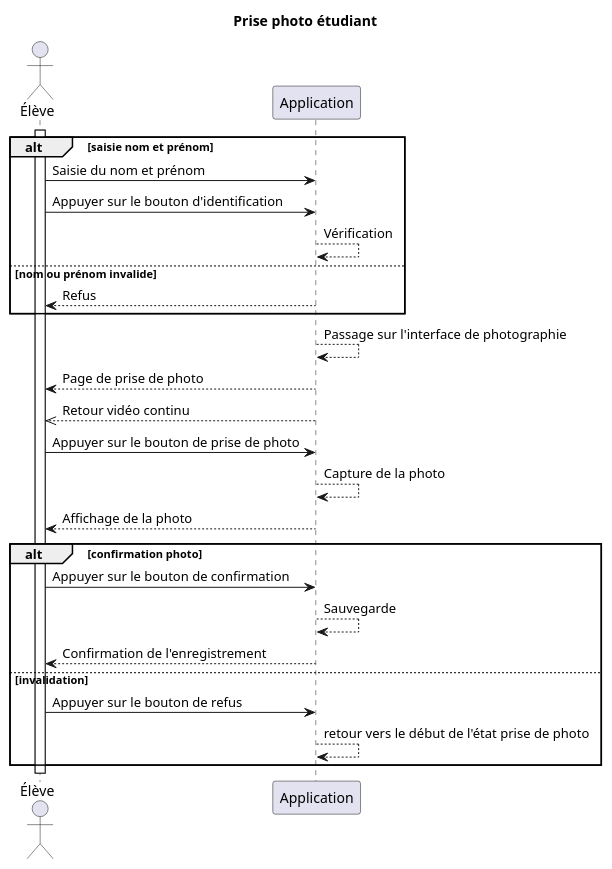
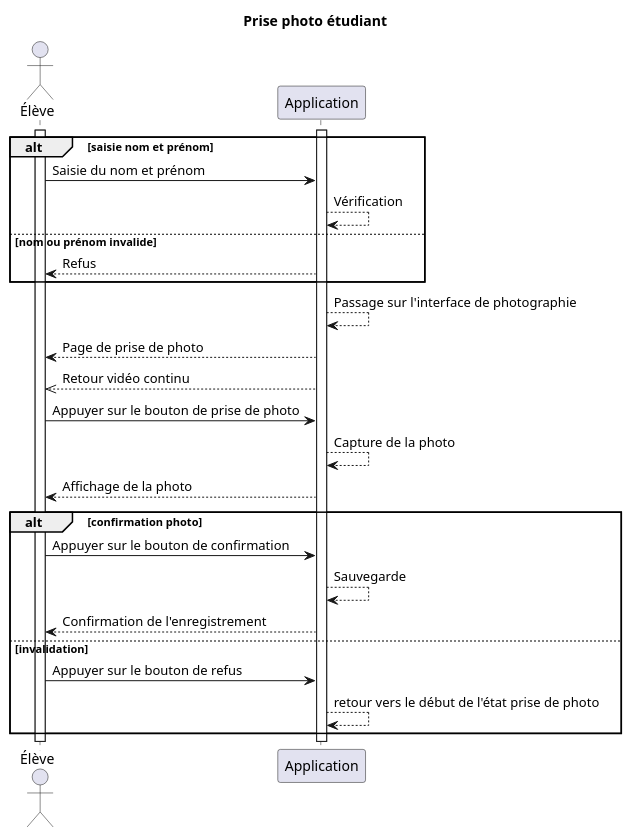
One commit to pandadorable/Trombinoscope changed the diagram in Diagrammes/use_case_etudiant_prend_photo.wsd. Above: the diagram before and after it, drawn with PlantUML. The commit also changed 2 other files, not shown here.

```diff
--- a/Diagrammes/use_case_etudiant_prend_photo.wsd
+++ b/Diagrammes/use_case_etudiant_prend_photo.wsd
@@ -1,30 +1,30 @@
 @startuml etudiant_prend_photo
 title Prise photo étudiant
 actor Élève
 activate Élève
+activate Application
 alt saisie nom et prénom
      Élève-> Application: Saisie du nom et prénom
-     Élève-> Application: Appuyer sur le bouton d'identification
      Application--> Application : Vérification
 else nom ou prénom invalide
      Application--> Élève: Refus
 end
 
 Application--> Application : Passage sur l'interface de photographie
 Application--> Élève: Page de prise de photo
 Application-->> Élève: Retour vidéo continu
 
 Élève-> Application: Appuyer sur le bouton de prise de photo
 Application--> Application : Capture de la photo
 Application--> Élève: Affichage de la photo
 
 
 alt confirmation photo
      Élève-> Application: Appuyer sur le bouton de confirmation
      Application--> Application : Sauvegarde
      Application--> Élève: Confirmation de l'enregistrement
 else invalidation
      Élève-> Application: Appuyer sur le bouton de refus
      Application--> Application : retour vers le début de l'état prise de photo
 end
 @enduml
```
